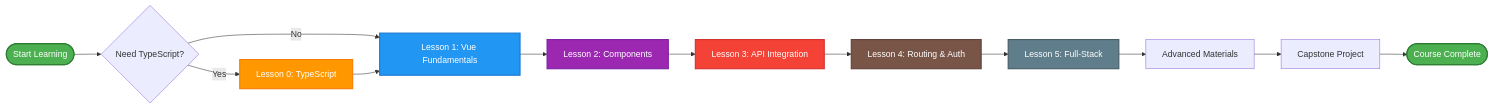
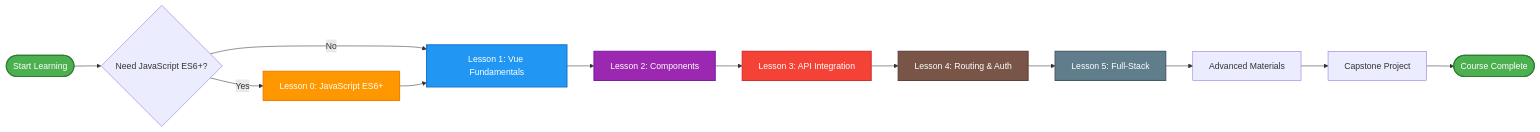
One commit to longndt/vue-course changed the second of 5 diagrams in diagrams/course_structure_diagram.md. Above: the diagram before and after it, drawn with Mermaid. The commit also changed other lines of this file and 7 other files, not shown here.

````diff
--- a/diagrams/course_structure_diagram.md
+++ b/diagrams/course_structure_diagram.md
@@ -78,23 +78,23 @@
 ```mermaid
 flowchart LR
-    Start([Start Learning]) --> TS{Need TypeScript?}
-    TS -->|Yes| L0[Lesson 0: TypeScript]
-    TS -->|No| L1[Lesson 1: Vue Fundamentals]
+    Start([Start Learning]) --> JS{Need JavaScript ES6+?}
+    JS -->|Yes| L0[Lesson 0: JavaScript ES6+]
+    JS -->|No| L1[Lesson 1: Vue Fundamentals]
     L0 --> L1
     L1 --> L2[Lesson 2: Components]
     L2 --> L3[Lesson 3: API Integration]
     L3 --> L4[Lesson 4: Routing & Auth]
     L4 --> L5[Lesson 5: Full-Stack]
     L5 --> Advanced[Advanced Materials]
     Advanced --> Capstone[Capstone Project]
     Capstone --> Complete([Course Complete])
 
     style Start fill:#4caf50,stroke:#2e7d32,stroke-width:2px,color:#fff
     style Complete fill:#4caf50,stroke:#2e7d32,stroke-width:2px,color:#fff
     style L0 fill:#ff9800,stroke:#f57c00,stroke-width:2px,color:#fff
     style L1 fill:#2196f3,stroke:#1976d2,stroke-width:2px,color:#fff
     style L2 fill:#9c27b0,stroke:#7b1fa2,stroke-width:2px,color:#fff
     style L3 fill:#f44336,stroke:#d32f2f,stroke-width:2px,color:#fff
     style L4 fill:#795548,stroke:#5d4037,stroke-width:2px,color:#fff
     style L5 fill:#607d8b,stroke:#455a64,stroke-width:2px,color:#fff
 ```
````
